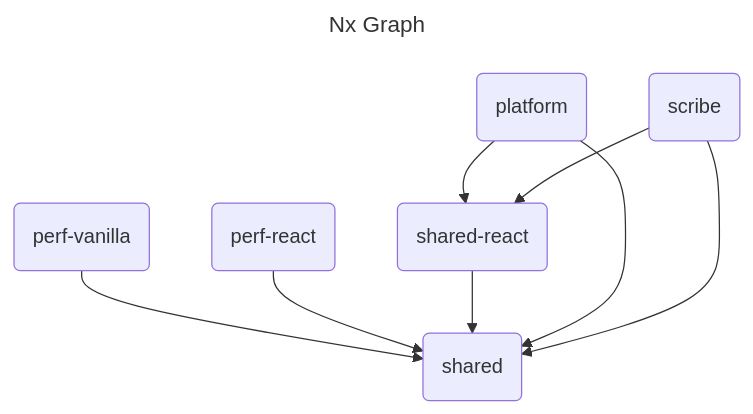
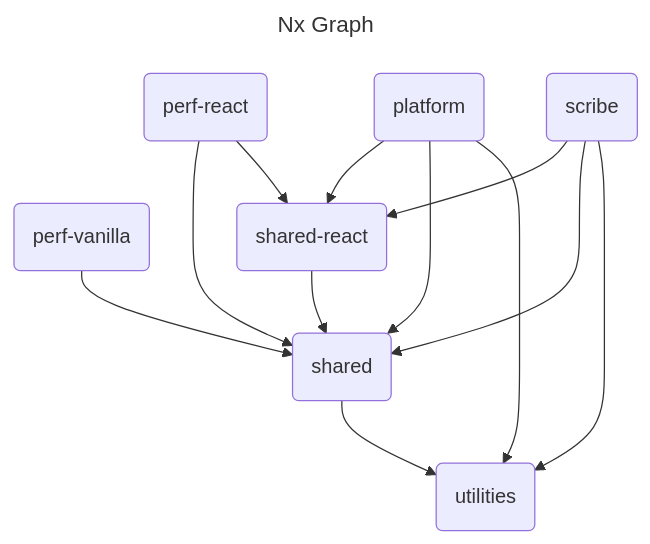
One commit to BiblioNexus-Foundation/scripture-editors changed the diagram in README.md. Above: the diagram before and after it, drawn with Mermaid. The commit also changed other lines of this file and 46 other files, not shown here.

````diff
--- a/README.md
+++ b/README.md
@@ -43,13 +53,17 @@
 ```mermaid
 ---
 title: Nx Graph
 ---
 graph TB
   V(perf-vanilla) --> S(shared)
   R(perf-react) --> S
   P(platform) --> SR
   SB(scribe) --> SR
   SR(shared-react) --> S
+  R --> SR
   P --> S
   SB --> S
+  S --> U(utilities)
+  P --> U
+  SB --> U
 ```
````
